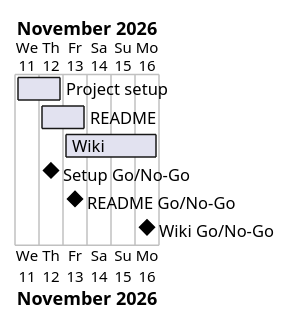
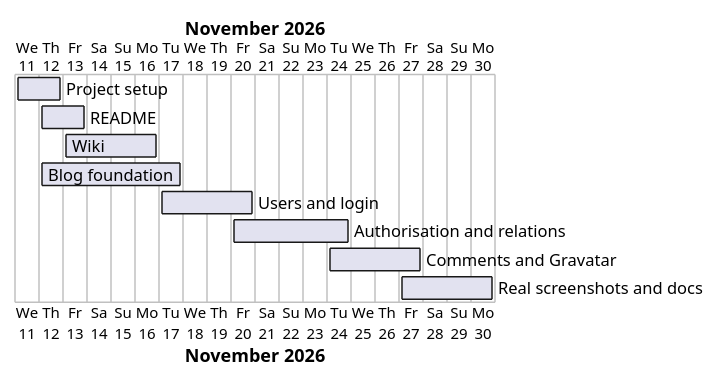
Before and after one commit to Tirsvad-Udemy-100-days-of-code/069-blog-capstone-part-4: the diagram in docs/project-plan.md, drawn with PlantUML. The commit also changed other lines of this file and 17 other files, not shown here.

````diff
--- a/docs/project-plan.md
+++ b/docs/project-plan.md
@@ -37,11 +44,13 @@
 ```plantuml
 @startgantt
 Project starts 2026-11-11
 [Project setup] starts 2026-11-11 and ends 2026-11-12
 [README] starts 2026-11-12 and ends 2026-11-13
 [Wiki] starts 2026-11-13 and ends 2026-11-16
-[Setup Go/No-Go] happens 2026-11-12
-[README Go/No-Go] happens 2026-11-13
-[Wiki Go/No-Go] happens 2026-11-16
+[Blog foundation] starts 2026-11-12 and ends 2026-11-17
+[Users and login] starts 2026-11-17 and ends 2026-11-20
+[Authorisation and relations] starts 2026-11-20 and ends 2026-11-24
+[Comments and Gravatar] starts 2026-11-24 and ends 2026-11-27
+[Real screenshots and docs] starts 2026-11-27 and ends 2026-11-30
 @endgantt
 ```
````
